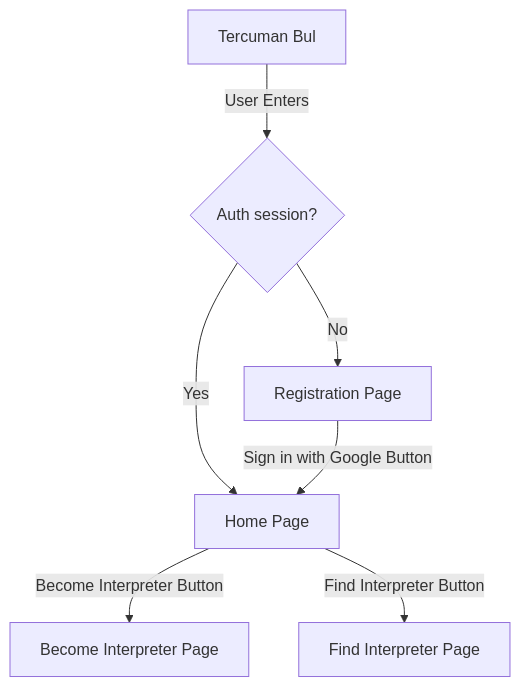
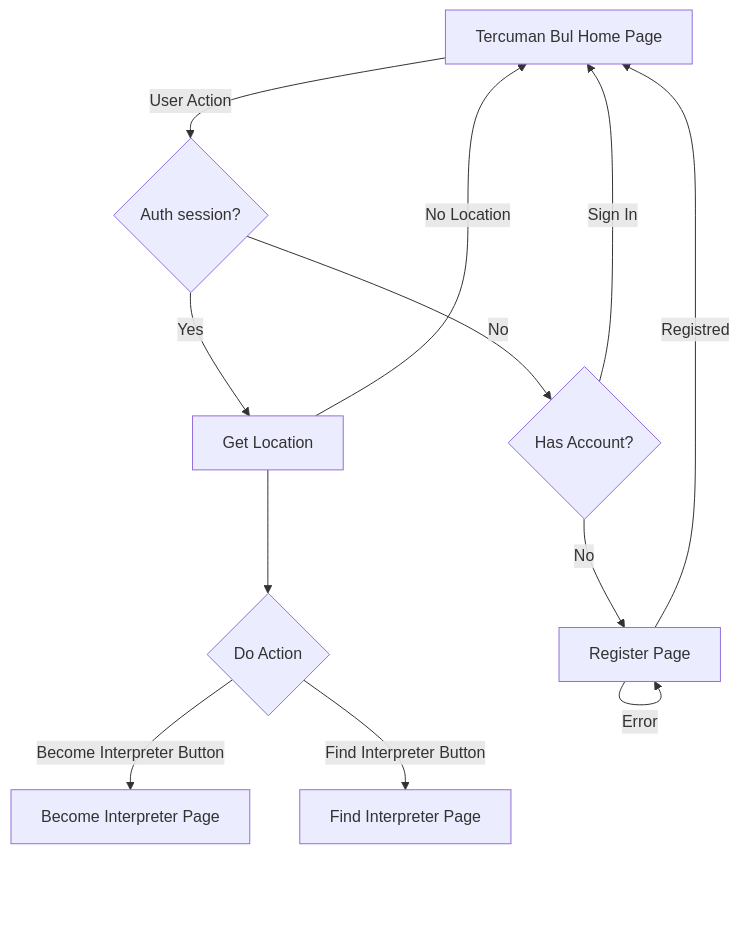
Before and after one commit to acikyazilimagi/tercuman-bul-app: the diagram in README.md, drawn with Mermaid. The commit also changed other lines of this file and 15 other files, not shown here.

First line of the commit message:
feat: Use FirebaseAuthUi for sign in, update page navigation (#48)

````diff
--- a/README.md
+++ b/README.md
@@ -40,9 +40,14 @@
 ```mermaid
-graph TD
-    A[Tercuman Bul] -->|User Enters| C{Auth session?}
-    C -->|Yes| D[Home Page]
-    C -->|No| E[Registration Page]
-    E --> |Sign in with Google Button|D
+flowchart TD
+    A[Tercuman Bul Home Page] --> |User Action| C{Auth session?}
+    C --> |Yes| I[Get Location]
+    I --> D{Do Action}
+    I --> |No Location|A
+    C --> |No| E{Has Account?}
+    E --> |No| H[Register Page]
+    H --> |Error|H
+    H --> |Registred|A
+    E --> |Sign In|A
     D --> |Become Interpreter Button| F[Become Interpreter Page]
     D --> |Find Interpreter Button| G[Find Interpreter Page]
 ```
````
